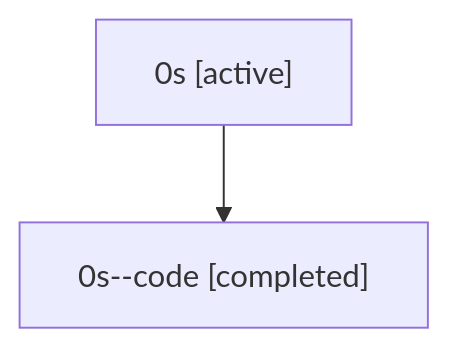
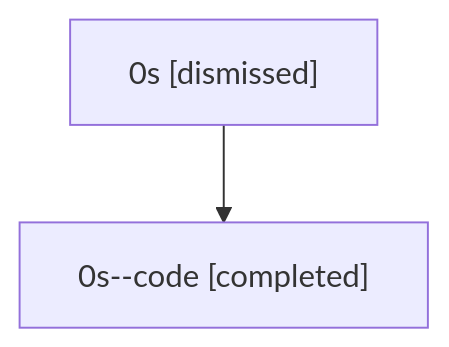
The diagram in sessions/bbugyi200.athena.0s.md (sase-org/sase--agents), drawn with Mermaid before and after one commit. The commit also changed other lines of this file and 43 other files, not shown here.

````diff
--- a/sessions/bbugyi200.athena.0s.md
+++ b/sessions/bbugyi200.athena.0s.md
@@ -9,6 +9,6 @@
 ```mermaid
 flowchart TD
-  n0["0s [active]"]
+  n0["0s [dismissed]"]
   n1["0s--code [completed]"]
   n0 --> n1
 ```
````
